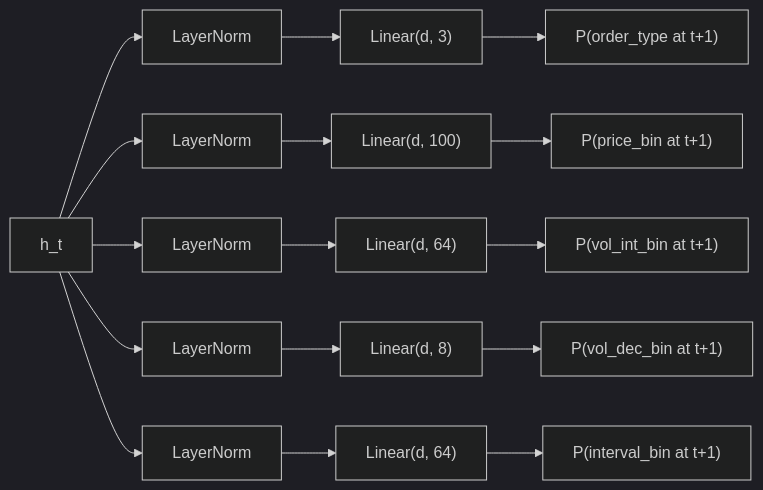
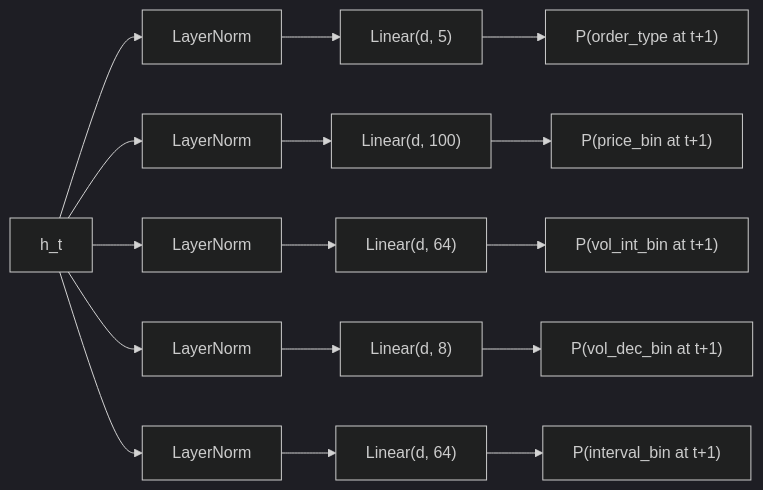
One commit to ykatyhoney/sn-79 changed the third of 5 diagrams in doc/gentrx/architecture.md. Above: the diagram before and after it, drawn with Mermaid (dark theme). The commit also changed other lines of this file and 72 other files, not shown here.

````diff
--- a/doc/gentrx/architecture.md
+++ b/doc/gentrx/architecture.md
@@ -96,9 +96,9 @@
 ```mermaid
 flowchart LR
     HT[h_t]
-    HT --> LN1[LayerNorm] --> L1["Linear(d, 3)"] --> O1["P(order_type at t+1)"]
+    HT --> LN1[LayerNorm] --> L1["Linear(d, 5)"] --> O1["P(order_type at t+1)"]
     HT --> LN2[LayerNorm] --> L2["Linear(d, 100)"] --> O2["P(price_bin at t+1)"]
     HT --> LN3[LayerNorm] --> L3["Linear(d, 64)"] --> O3["P(vol_int_bin at t+1)"]
     HT --> LN4[LayerNorm] --> L4["Linear(d, 8)"] --> O4["P(vol_dec_bin at t+1)"]
     HT --> LN5[LayerNorm] --> L5["Linear(d, 64)"] --> O5["P(interval_bin at t+1)"]
 ```
````
